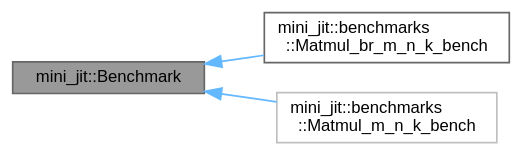
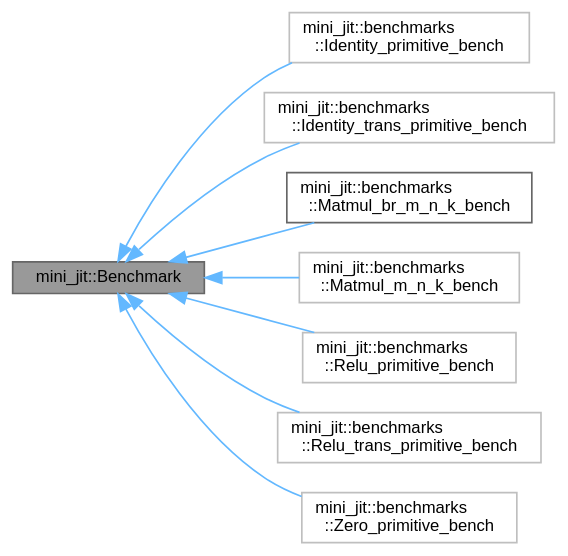
Before and after one commit to Shad00Z/machine-learning-compilers: the diagram in classmini__jit_1_1Benchmark__inherit__graph.dot, drawn with Graphviz. The commit also changed 84 other files, not shown here.

```diff
--- a/classmini__jit_1_1Benchmark__inherit__graph.dot
+++ b/classmini__jit_1_1Benchmark__inherit__graph.dot
@@ -1,13 +1,23 @@
 digraph "mini_jit::Benchmark"
 {
  // LATEX_PDF_SIZE
   bgcolor="transparent";
   edge [fontname=Helvetica,fontsize=10,labelfontname=Helvetica,labelfontsize=10];
   node [fontname=Helvetica,fontsize=10,shape=box,height=0.2,width=0.4];
   rankdir="LR";
   Node1 [id="Node000001",label="mini_jit::Benchmark",height=0.2,width=0.4,color="gray40", fillcolor="grey60", style="filled", fontcolor="black",tooltip=" "];
   Node1 -> Node2 [id="edge1_Node000001_Node000002",dir="back",color="steelblue1",style="solid",tooltip=" "];
-  Node2 [id="Node000002",label="mini_jit::benchmarks\l::Matmul_br_m_n_k_bench",height=0.2,width=0.4,color="gray40", fillcolor="white", style="filled",URL="$classmini__jit_1_1benchmarks_1_1Matmul__br__m__n__k__bench.html",tooltip="Benchmark for matrix multiplication using BRGEMM."];
+  Node2 [id="Node000002",label="mini_jit::benchmarks\l::Identity_primitive_bench",height=0.2,width=0.4,color="grey75", fillcolor="white", style="filled",URL="$classmini__jit_1_1benchmarks_1_1Identity__primitive__bench.html",tooltip=" "];
   Node1 -> Node3 [id="edge2_Node000001_Node000003",dir="back",color="steelblue1",style="solid",tooltip=" "];
-  Node3 [id="Node000003",label="mini_jit::benchmarks\l::Matmul_m_n_k_bench",height=0.2,width=0.4,color="grey75", fillcolor="white", style="filled",URL="$classmini__jit_1_1benchmarks_1_1Matmul__m__n__k__bench.html",tooltip=" "];
+  Node3 [id="Node000003",label="mini_jit::benchmarks\l::Identity_trans_primitive_bench",height=0.2,width=0.4,color="grey75", fillcolor="white", style="filled",URL="$classmini__jit_1_1benchmarks_1_1Identity__trans__primitive__bench.html",tooltip=" "];
+  Node1 -> Node4 [id="edge3_Node000001_Node000004",dir="back",color="steelblue1",style="solid",tooltip=" "];
+  Node4 [id="Node000004",label="mini_jit::benchmarks\l::Matmul_br_m_n_k_bench",height=0.2,width=0.4,color="gray40", fillcolor="white", style="filled",URL="$classmini__jit_1_1benchmarks_1_1Matmul__br__m__n__k__bench.html",tooltip="Benchmark for matrix multiplication using BRGEMM."];
+  Node1 -> Node5 [id="edge4_Node000001_Node000005",dir="back",color="steelblue1",style="solid",tooltip=" "];
+  Node5 [id="Node000005",label="mini_jit::benchmarks\l::Matmul_m_n_k_bench",height=0.2,width=0.4,color="grey75", fillcolor="white", style="filled",URL="$classmini__jit_1_1benchmarks_1_1Matmul__m__n__k__bench.html",tooltip=" "];
+  Node1 -> Node6 [id="edge5_Node000001_Node000006",dir="back",color="steelblue1",style="solid",tooltip=" "];
+  Node6 [id="Node000006",label="mini_jit::benchmarks\l::Relu_primitive_bench",height=0.2,width=0.4,color="grey75", fillcolor="white", style="filled",URL="$classmini__jit_1_1benchmarks_1_1Relu__primitive__bench.html",tooltip=" "];
+  Node1 -> Node7 [id="edge6_Node000001_Node000007",dir="back",color="steelblue1",style="solid",tooltip=" "];
+  Node7 [id="Node000007",label="mini_jit::benchmarks\l::Relu_trans_primitive_bench",height=0.2,width=0.4,color="grey75", fillcolor="white", style="filled",URL="$classmini__jit_1_1benchmarks_1_1Relu__trans__primitive__bench.html",tooltip=" "];
+  Node1 -> Node8 [id="edge7_Node000001_Node000008",dir="back",color="steelblue1",style="solid",tooltip=" "];
+  Node8 [id="Node000008",label="mini_jit::benchmarks\l::Zero_primitive_bench",height=0.2,width=0.4,color="grey75", fillcolor="white", style="filled",URL="$classmini__jit_1_1benchmarks_1_1Zero__primitive__bench.html",tooltip=" "];
 }
```
